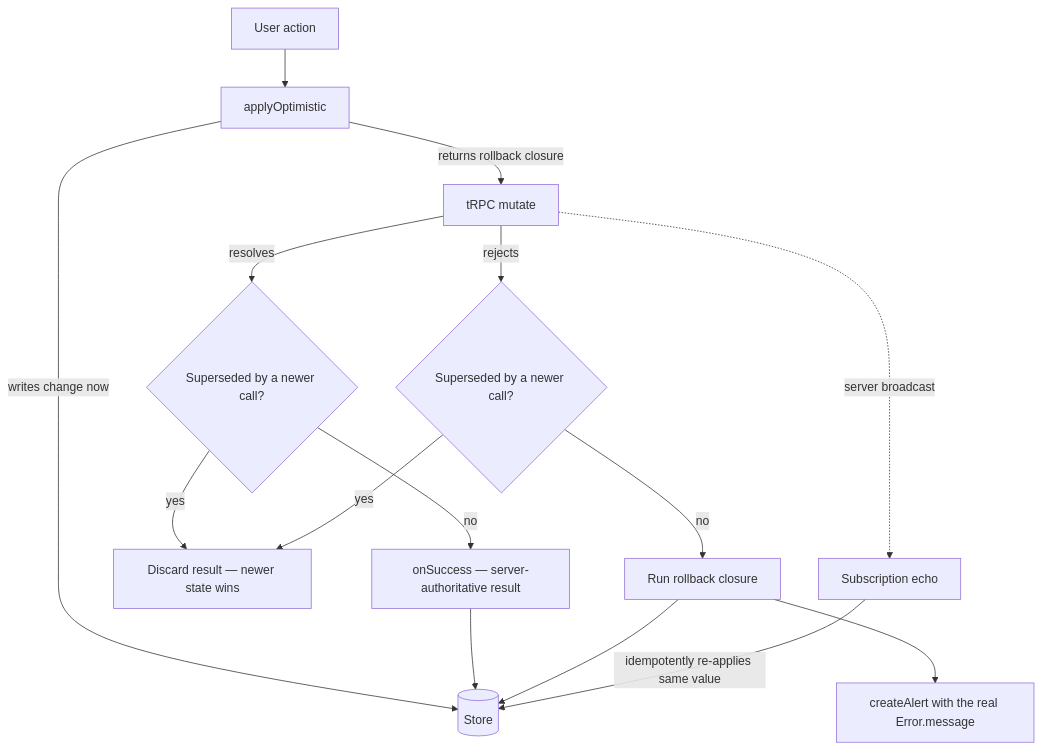
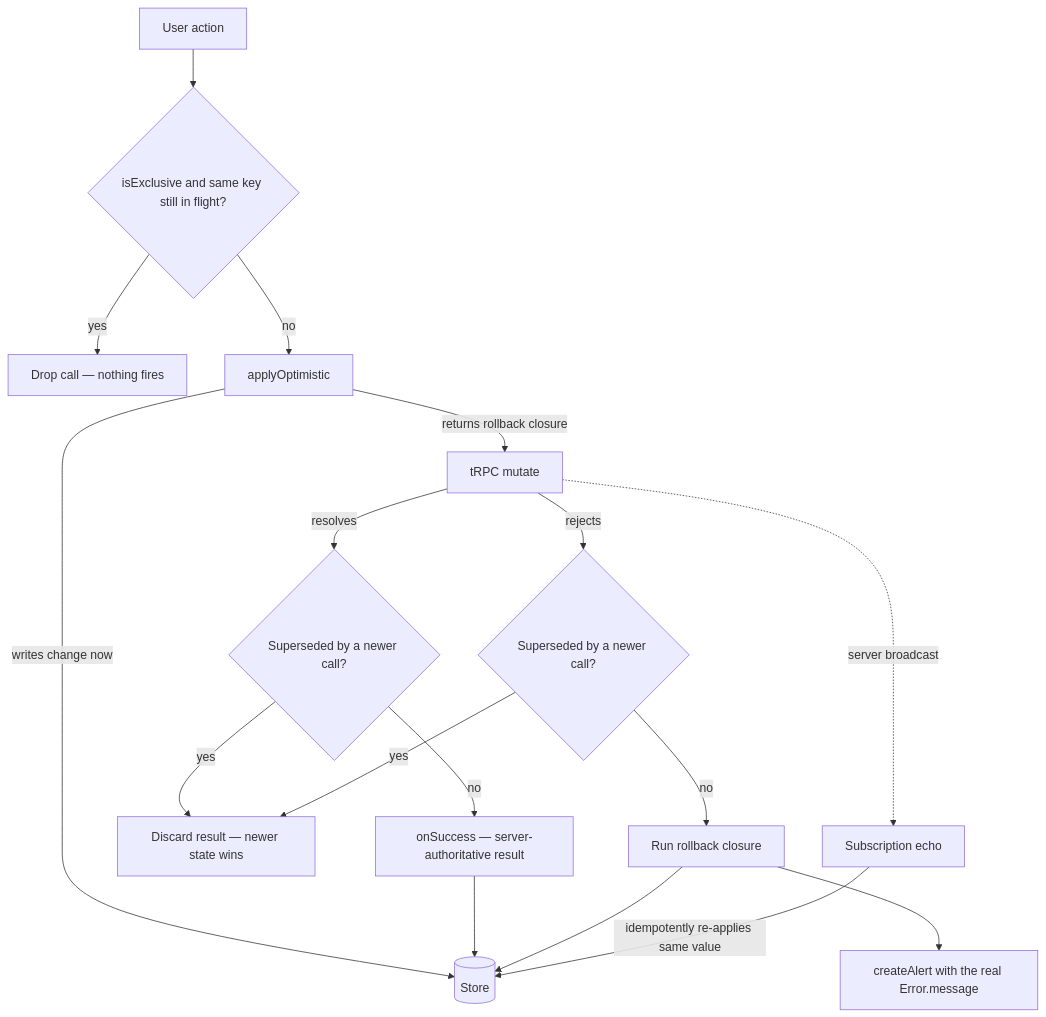
Before and after one commit to Esposter/Esposter: the diagram in packages/app/content/docs/architecture/client-data.md, drawn with Mermaid. The commit also changed other lines of this file and 64 other files, not shown here.

````diff
--- a/packages/app/content/docs/architecture/client-data.md
+++ b/packages/app/content/docs/architecture/client-data.md
@@ -67,17 +70,19 @@
 ```mermaid
 flowchart TD
-  Action[User action] --> Apply[applyOptimistic]
+  Action[User action] --> Exclusive{isExclusive and same key still in flight?}
+  Exclusive -->|yes| DropCall[Drop call — nothing fires]
+  Exclusive -->|no| Apply[applyOptimistic]
   Apply -->|writes change now| Store[(Store)]
   Apply -->|returns rollback closure| Mutate[tRPC mutate]
   Mutate -->|resolves| Stale{Superseded by a newer call?}
   Mutate -->|rejects| StaleError{Superseded by a newer call?}
   Stale -->|no| Success[onSuccess — server-authoritative result]
   Stale -->|yes| Drop[Discard result — newer state wins]
   Success --> Store
   StaleError -->|no| Rollback[Run rollback closure]
   StaleError -->|yes| Drop
   Rollback --> Store
   Rollback --> Alert[createAlert with the real Error.message]
   Mutate -.->|server broadcast| Echo[Subscription echo]
   Echo -->|idempotently re-applies same value| Store
 ```
````
